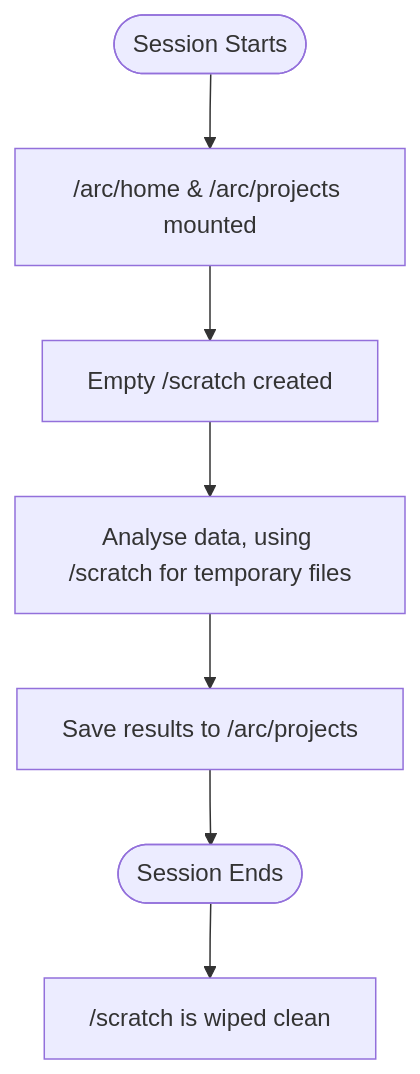
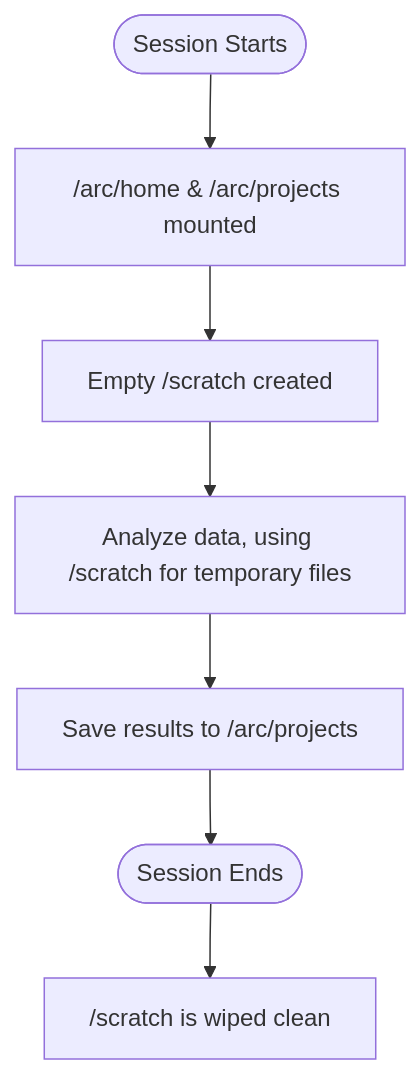
Before and after one commit to opencadc/canfar: the diagram in docs/platform/storage/index.md, drawn with Mermaid. The commit also changed 20 other files, not shown here.

````diff
--- a/docs/platform/storage/index.md
+++ b/docs/platform/storage/index.md
@@ -47,9 +47,9 @@
 ```mermaid
 graph TD
     Start([Session Starts]) --> Mounts["/arc/home & /arc/projects mounted"]
     Mounts --> Scratch["Empty /scratch created"]
-    Scratch --> DataWork["Analyse data, using /scratch for temporary files"]
+    Scratch --> DataWork["Analyze data, using /scratch for temporary files"]
     DataWork --> Save["Save results to /arc/projects"]
     Save --> End([Session Ends])
     End --> Cleanup["/scratch is wiped clean"]
 ```
````
